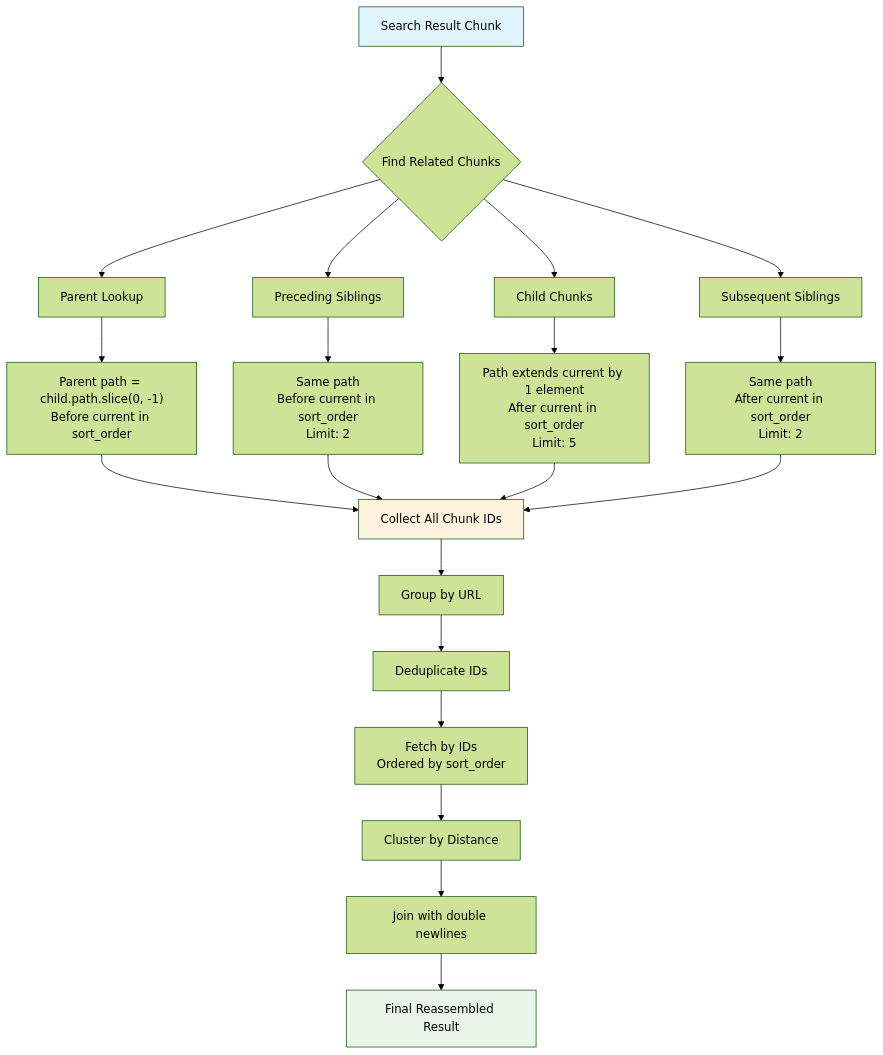
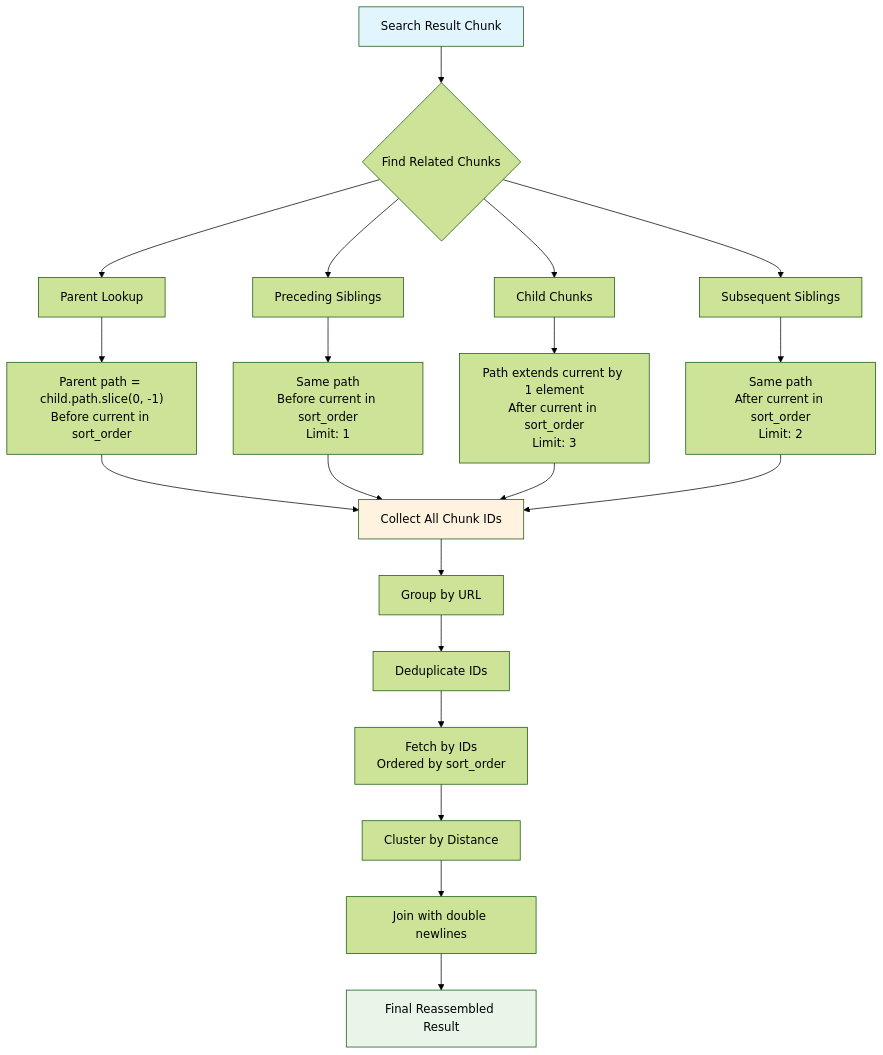
One commit to arabold/docs-mcp-server changed the diagram in docs/concepts/search-result-reassembly.md. Above: the diagram before and after it, drawn with Mermaid (forest theme). The commit also changed other lines of this file and 12 other files, not shown here.

````diff
--- a/docs/concepts/search-result-reassembly.md
+++ b/docs/concepts/search-result-reassembly.md
@@ -42,30 +43,30 @@
 ```mermaid
 graph TD
     A[Search Result Chunk] --> B{Find Related Chunks}
 
     B --> C[Parent Lookup]
     B --> D[Preceding Siblings]
     B --> E[Child Chunks]
     B --> F[Subsequent Siblings]
 
     C --> G["Parent path = child.path.slice(0, -1)<br/>Before current in sort_order"]
-    D --> H["Same path<br/>Before current in sort_order<br/>Limit: 2"]
-    E --> I["Path extends current by 1 element<br/>After current in sort_order<br/>Limit: 5"]
+    D --> H["Same path<br/>Before current in sort_order<br/>Limit: 1"]
+    E --> I["Path extends current by 1 element<br/>After current in sort_order<br/>Limit: 3"]
     F --> J["Same path<br/>After current in sort_order<br/>Limit: 2"]
 
     G --> K[Collect All Chunk IDs]
     H --> K
     I --> K
     J --> K
 
     K --> L[Group by URL]
     L --> M[Deduplicate IDs]
     M --> N[Fetch by IDs<br/>Ordered by sort_order]
     N --> CL[Cluster by Distance]
     CL --> O[Join with double newlines]
     O --> P[Final Reassembled Result]
 
     style A fill:#e1f5fe
     style P fill:#e8f5e8
     style K fill:#fff3e0
 ```
````
